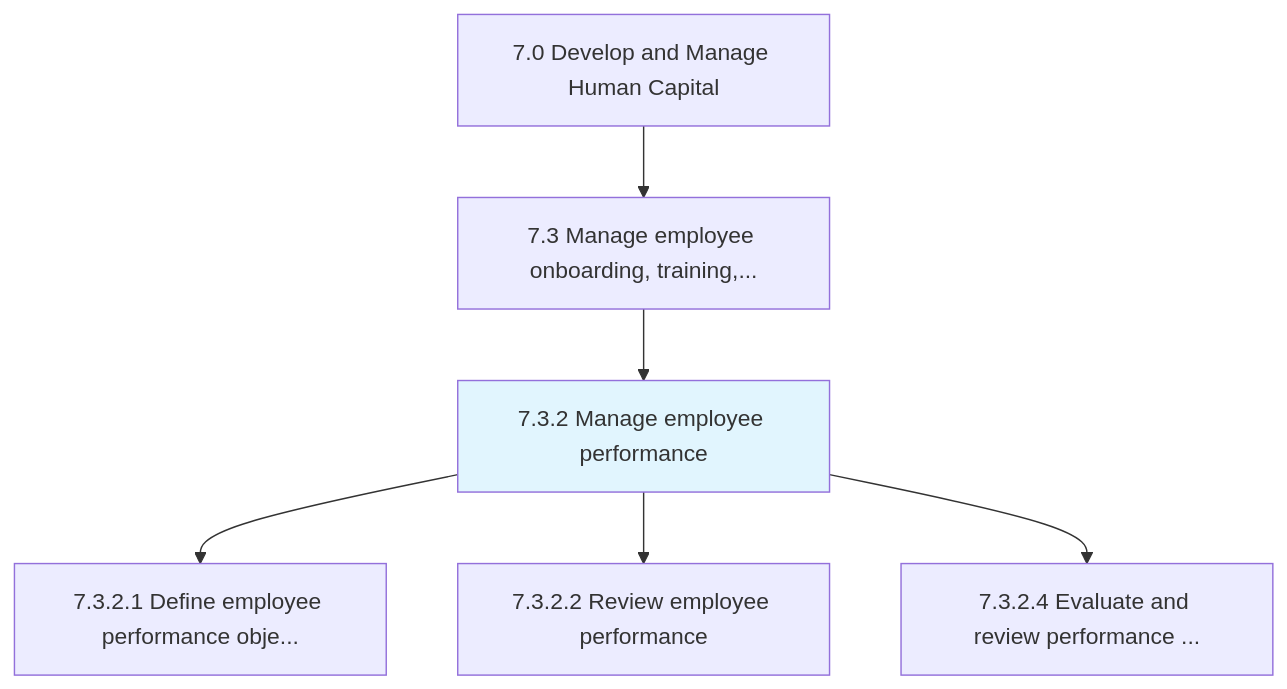
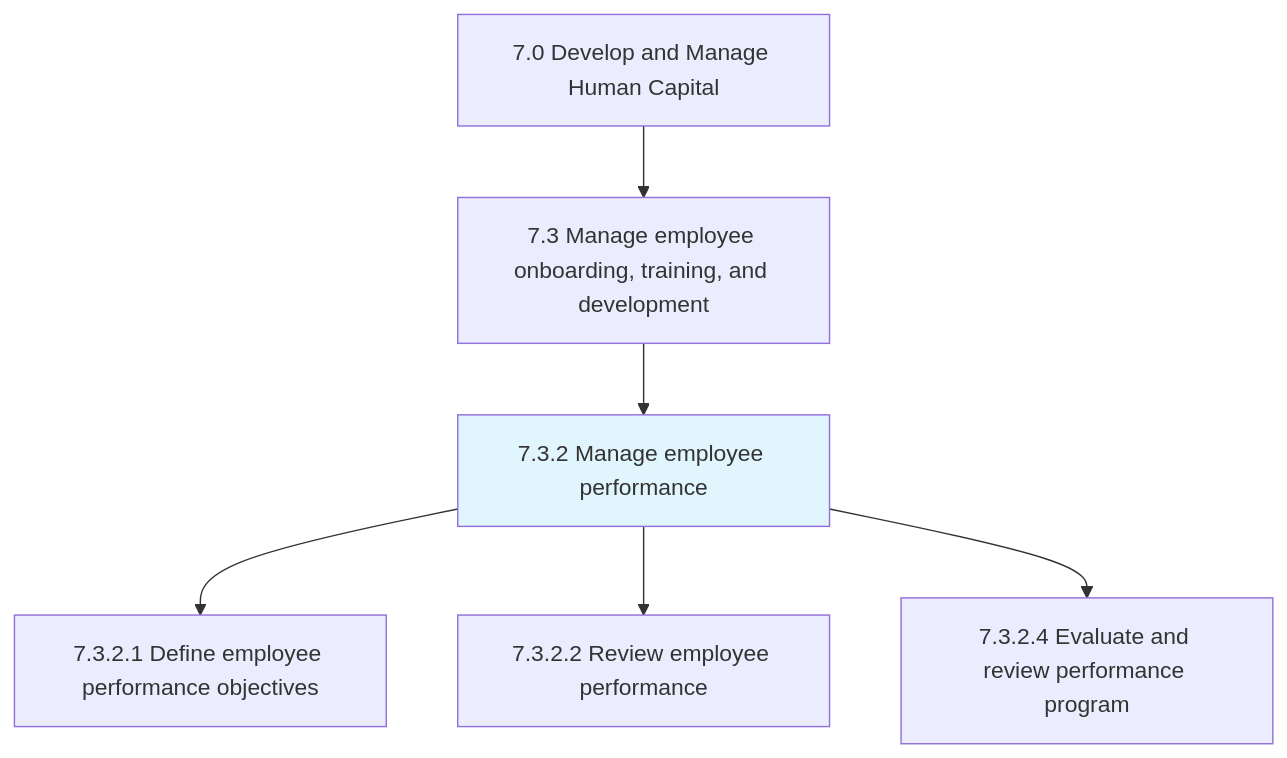
Before and after one commit to kziemski/business.org.ai: the first of 2 diagrams in processes/07-HR/7.3-ManageEmployeeOnboardingTraining/7.3.2-ManageEmployeePerformance/index.mdx, drawn with Mermaid. The commit also changed other lines of this file and 885 other files, not shown here.

````diff
--- a/processes/07-HR/7.3-ManageEmployeeOnboardingTraining/7.3.2-ManageEmployeePerformance/index.mdx
+++ b/processes/07-HR/7.3-ManageEmployeeOnboardingTraining/7.3.2-ManageEmployeePerformance/index.mdx
@@ -25,10 +25,10 @@
 ```mermaid
 graph TD
     C7["7.0 Develop and Manage Human Capital"]
-    C7 --> N7_3["7.3 Manage employee onboarding, training,..."]
+    C7 --> N7_3["7.3 Manage employee onboarding, training, and development"]
     N7_3 --> N7_3_2["7.3.2 Manage employee performance"]
     style N7_3_2 fill:#e1f5fe
-    N7_3_2 --> N7_3_2_1["7.3.2.1 Define employee performance obje..."]
+    N7_3_2 --> N7_3_2_1["7.3.2.1 Define employee performance objectives"]
     N7_3_2 --> N7_3_2_2["7.3.2.2 Review employee performance"]
-    N7_3_2 --> N7_3_2_4["7.3.2.4 Evaluate and review performance ..."]
+    N7_3_2 --> N7_3_2_4["7.3.2.4 Evaluate and review performance program"]
 ```
````
